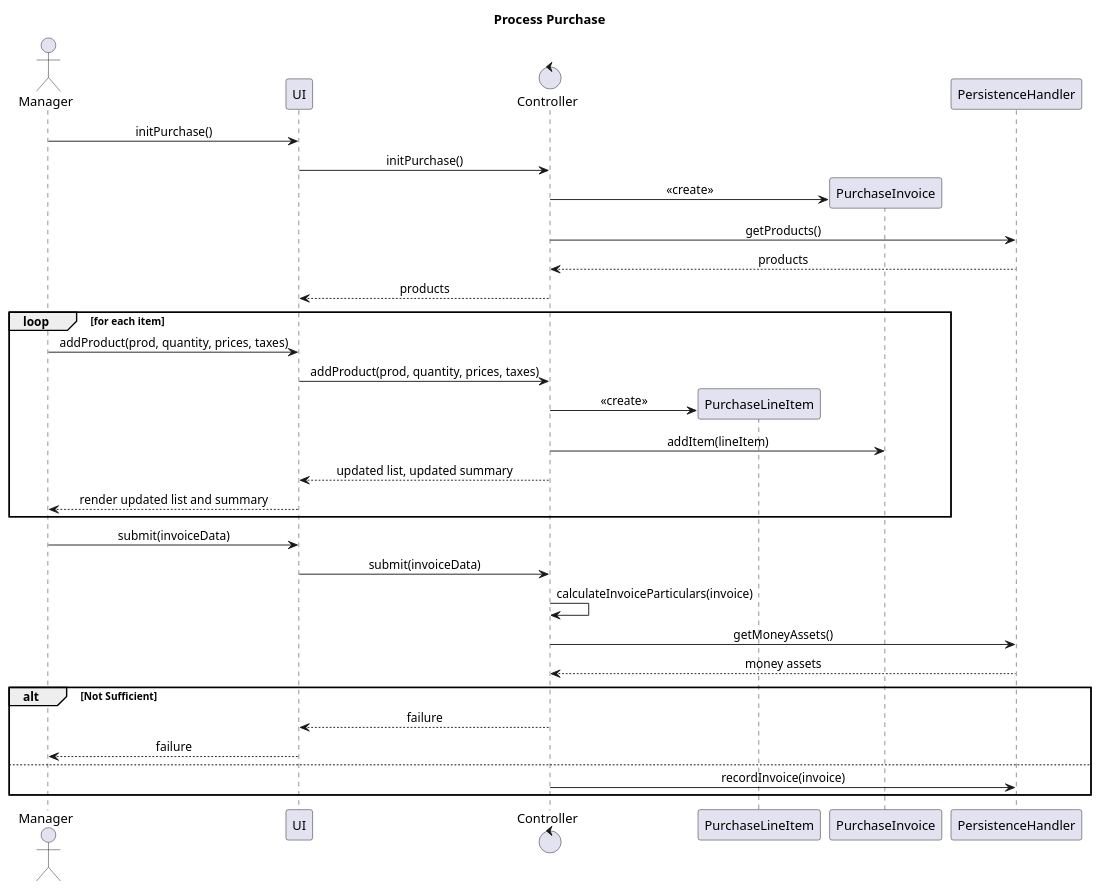
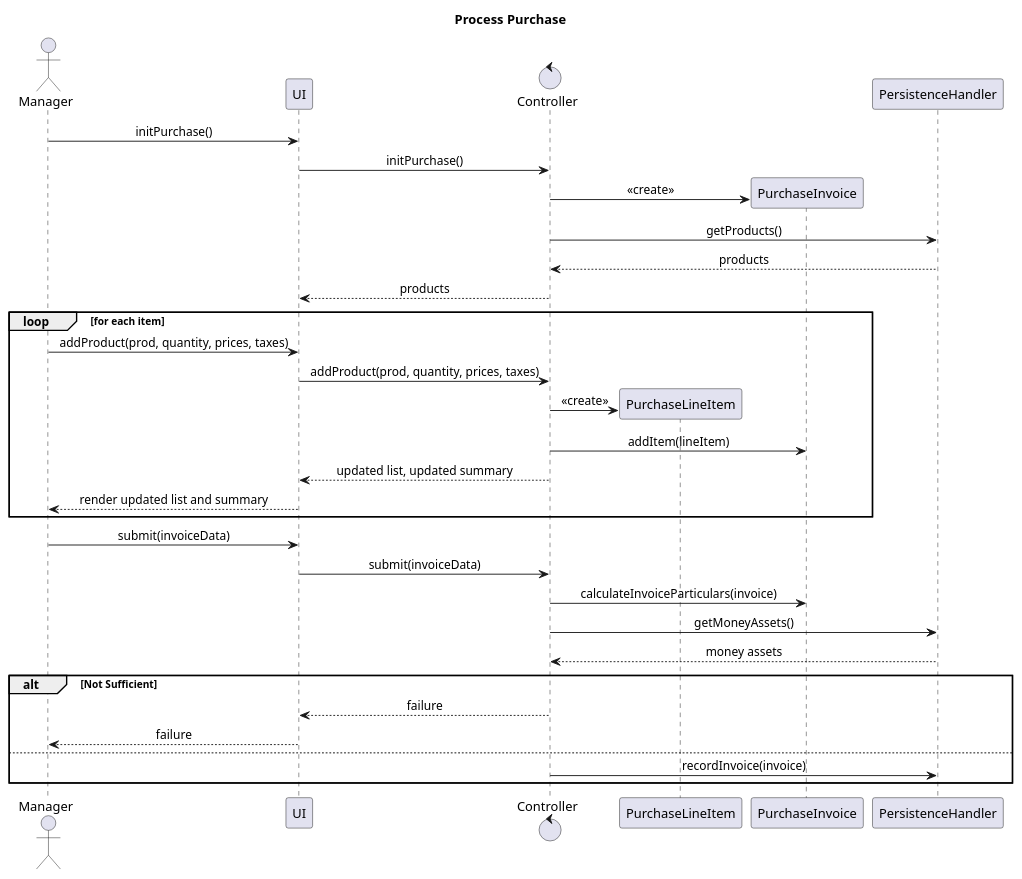
One commit to kabeer008/SystemDesignProject changed the diagram in processPurchase.puml. Above: the diagram before and after it, drawn with PlantUML. The commit also changed 1 other file, not shown here.

```diff
--- a/processPurchase.puml
+++ b/processPurchase.puml
@@ -1,55 +1,55 @@
 @startuml Process Purchase
 title Process Purchase
 
 skinparam sequenceMessageAlign center
 
 actor Manager
 participant UI
 control Controller
 
 Manager->UI: initPurchase()
 UI->Controller: initPurchase()
 
 create participant PurchaseInvoice
 Controller->PurchaseInvoice: <<create>>
 
 Controller->PersistenceHandler: getProducts()
 PersistenceHandler-->Controller: products
 Controller-->UI: products
 
 loop for each item
 
     Manager->UI: addProduct(prod, quantity, prices, taxes)
     UI->Controller: addProduct(prod, quantity, prices, taxes)
 
     create participant PurchaseLineItem
     Controller->PurchaseLineItem: <<create>>
     Controller->PurchaseInvoice: addItem(lineItem)
 
     Controller-->UI: updated list, updated summary
     UI-->Manager: render updated list and summary
 
 end
 
 Manager->UI: submit(invoiceData)
 UI->Controller: submit(invoiceData)
 
-Controller->Controller: calculateInvoiceParticulars(invoice)
+Controller->PurchaseInvoice: calculateInvoiceParticulars(invoice)
 Controller->PersistenceHandler: getMoneyAssets()
 PersistenceHandler-->Controller: money assets
 
 alt Not Sufficient
     Controller-->UI: failure
     UI-->Manager: failure
 
 else
     Controller->PersistenceHandler: recordInvoice(invoice)
 
 end
 
 participant PurchaseLineItem
 participant PurchaseInvoice
 participant PersistenceHandler
 
 
 @enduml
```
